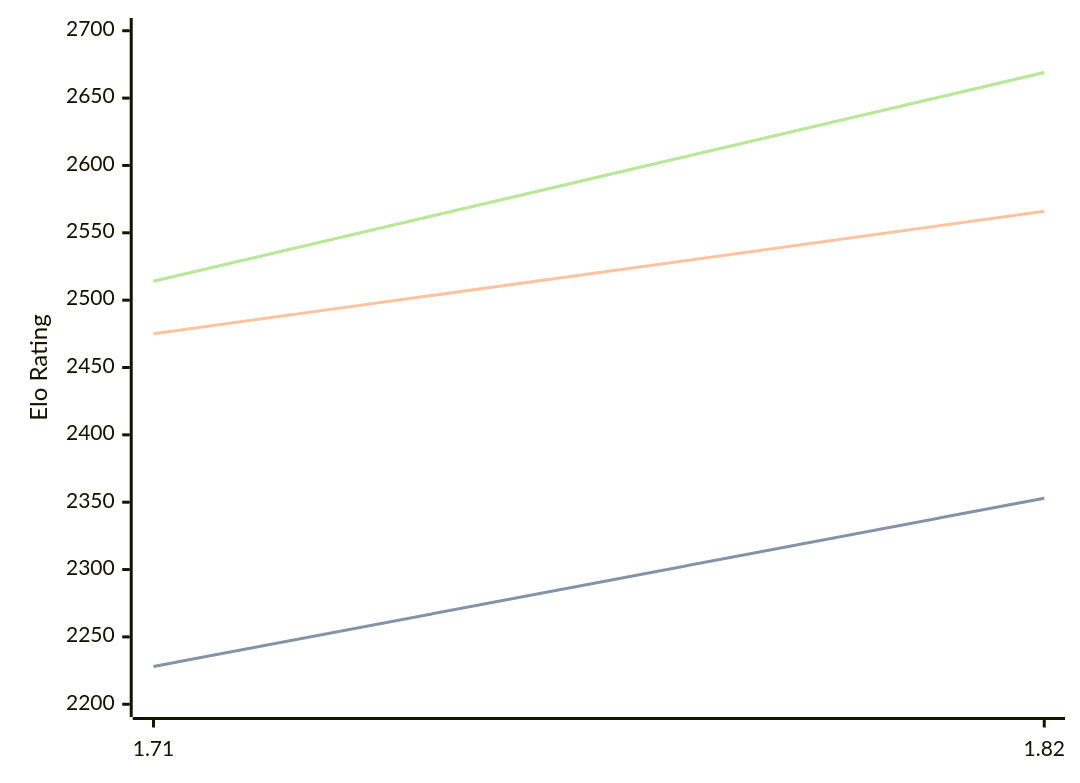
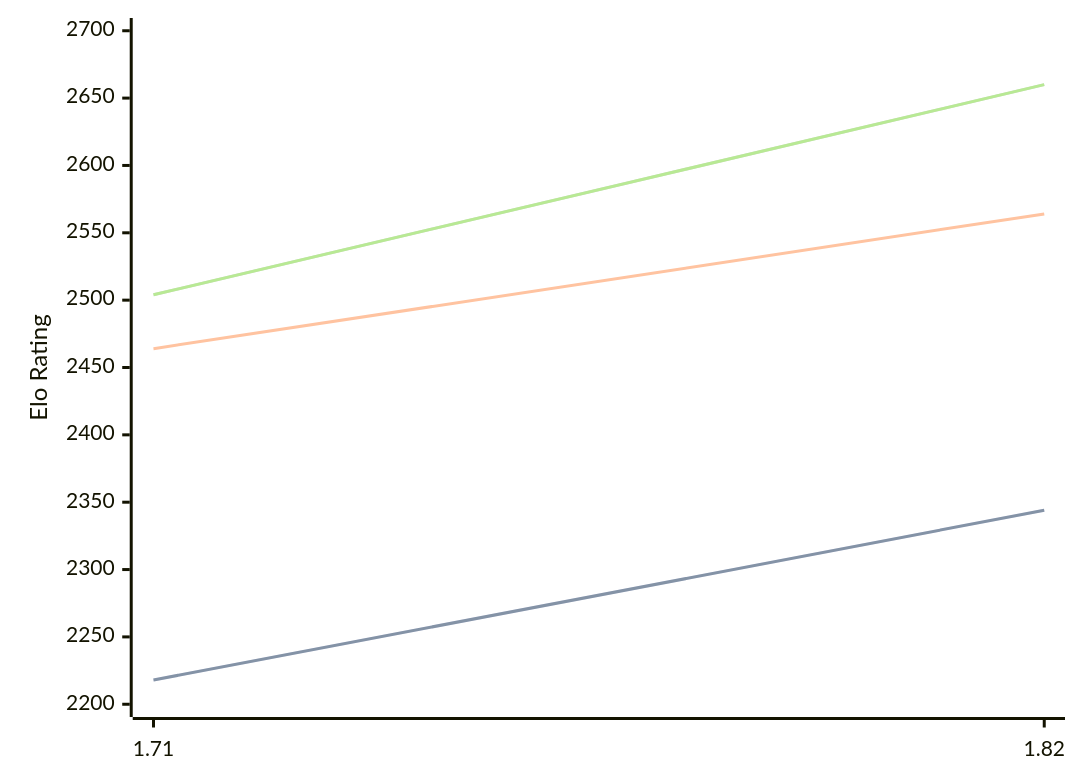
Before and after one commit to computer-chess-index/cci: the diagram in engines/Amira.md, drawn with Mermaid. The commit also changed other lines of this file, not shown here.

Commit message:
Update CCI Ratings (ELO VLTC) - 2026-03-19

````diff
--- a/engines/Amira.md
+++ b/engines/Amira.md
@@ -33,11 +33,11 @@
 ```mermaid
 %%{init: {"theme":"base","themeVariables":{"seriesColors:['#a3a3a3','#222221','#faa371']}}}%%
 xychart-beta
   x-axis ["1.71", "1.82"]
   y-axis "Elo Rating" 2200 --> 2700
-  line "STC (8.0+0.08s)" [2228, 2353]
-  line "STC (8.0+0.08s)" [2228, 2353]
-  line "LTC (60.0+0.60s)" [2475, 2566]
-  line "VLTC (2m24s+1.12s)" [2514, 2669]
-  line "VLTC (2m24s+1.12s)" [2514, 2669]
+  line "STC (8.0+0.08s)" [2218, 2344]
+  line "STC (8.0+0.08s)" [2218, 2344]
+  line "LTC (60.0+0.60s)" [2464, 2564]
+  line "VLTC (2m24s+1.12s)" [2504, 2660]
+  line "VLTC (2m24s+1.12s)" [2504, 2660]
 ```
````
